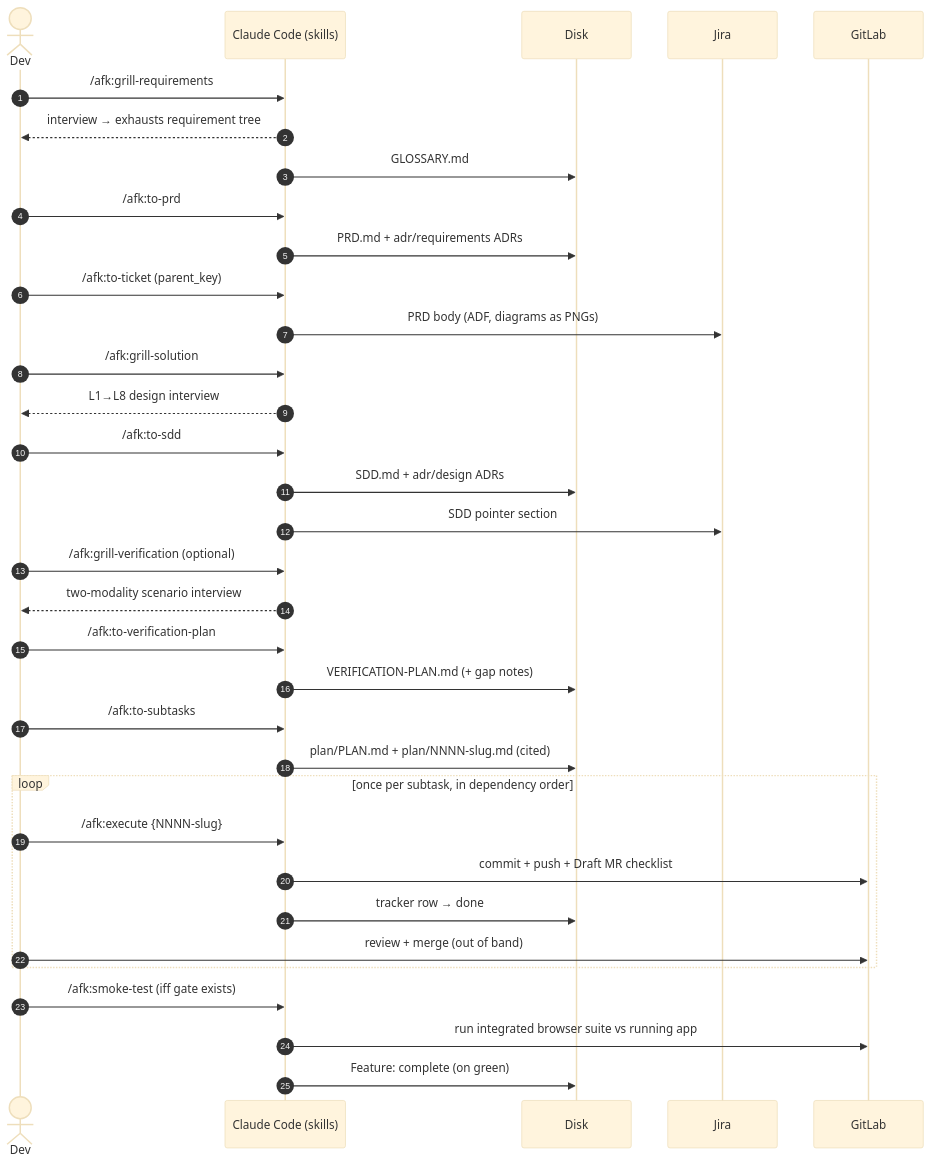
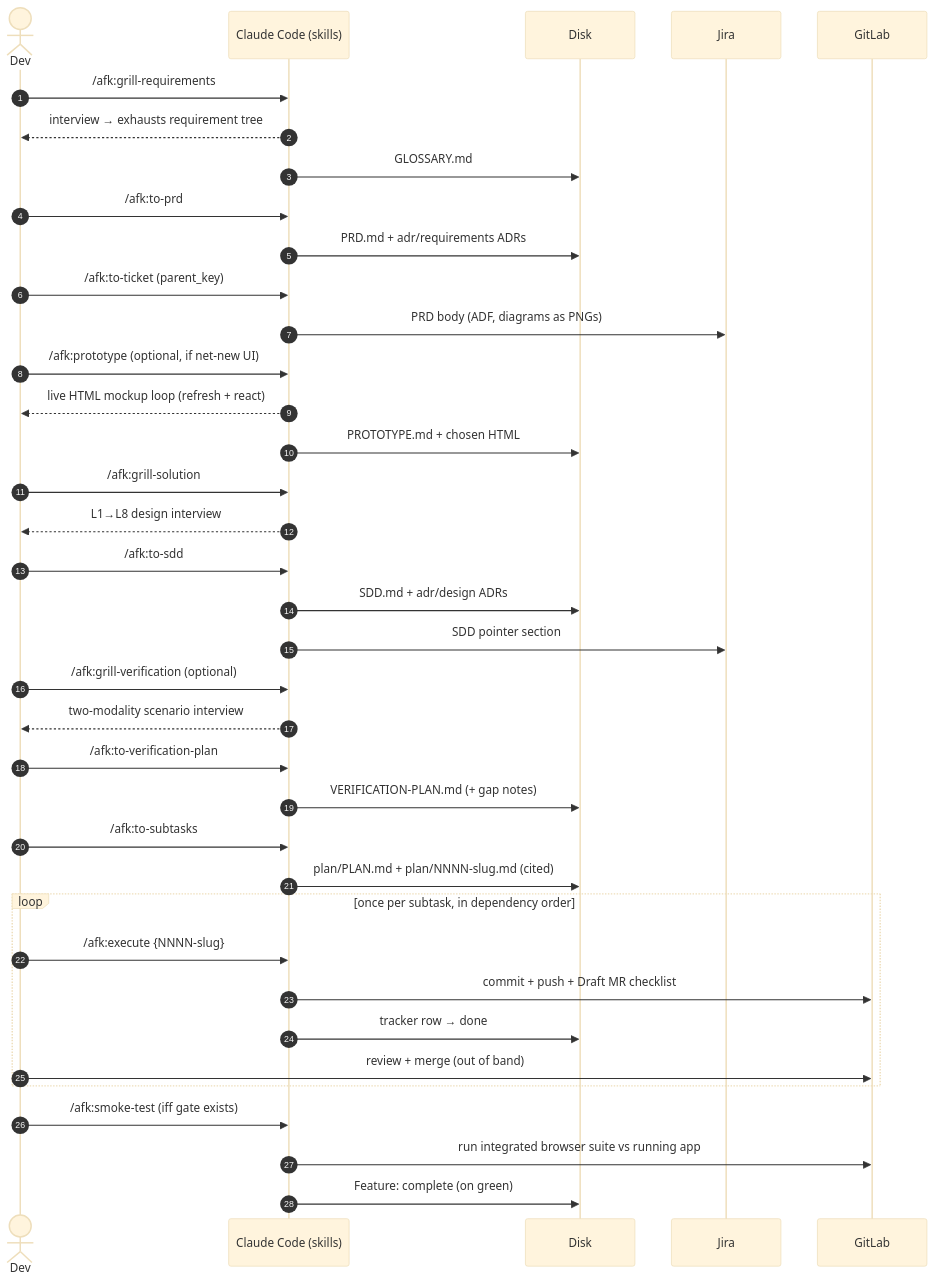
Before and after one commit to midnightblur/afk-driver: the third of 6 diagrams in README.md, drawn with Mermaid (base theme). The commit also changed other lines of this file and 7 other files, not shown here.

First line of the commit message:
feat(skills): add optional /afk:prototype UI-crafting step

````diff
--- a/README.md
+++ b/README.md
@@ -196,37 +200,40 @@
 ```mermaid
 sequenceDiagram
     autonumber
     actor Dev
     participant CC as Claude Code (skills)
     participant Disk as Disk
     participant Jira as Jira
     participant GL as GitLab
 
     Dev->>CC: /afk:grill-requirements
     CC-->>Dev: interview → exhausts requirement tree
     CC->>Disk: GLOSSARY.md
     Dev->>CC: /afk:to-prd
     CC->>Disk: PRD.md + adr/requirements ADRs
     Dev->>CC: /afk:to-ticket (parent_key)
     CC->>Jira: PRD body (ADF, diagrams as PNGs)
+    Dev->>CC: /afk:prototype (optional, if net-new UI)
+    CC-->>Dev: live HTML mockup loop (refresh + react)
+    CC->>Disk: PROTOTYPE.md + chosen HTML
     Dev->>CC: /afk:grill-solution
     CC-->>Dev: L1→L8 design interview
     Dev->>CC: /afk:to-sdd
     CC->>Disk: SDD.md + adr/design ADRs
     CC->>Jira: SDD pointer section
     Dev->>CC: /afk:grill-verification (optional)
     CC-->>Dev: two-modality scenario interview
     Dev->>CC: /afk:to-verification-plan
     CC->>Disk: VERIFICATION-PLAN.md (+ gap notes)
     Dev->>CC: /afk:to-subtasks
     CC->>Disk: plan/PLAN.md + plan/NNNN-slug.md (cited)
     loop once per subtask, in dependency order
         Dev->>CC: /afk:execute {NNNN-slug}
         CC->>GL: commit + push + Draft MR checklist
         CC->>Disk: tracker row → done
         Dev->>GL: review + merge (out of band)
     end
     Dev->>CC: /afk:smoke-test (iff gate exists)
     CC->>GL: run integrated browser suite vs running app
     CC->>Disk: Feature: complete (on green)
 ```
````
